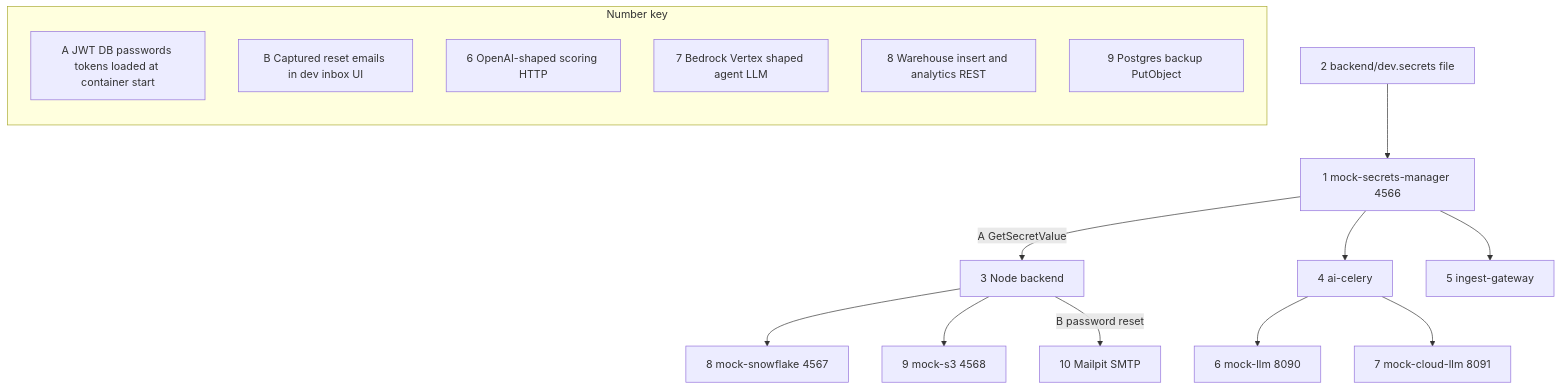
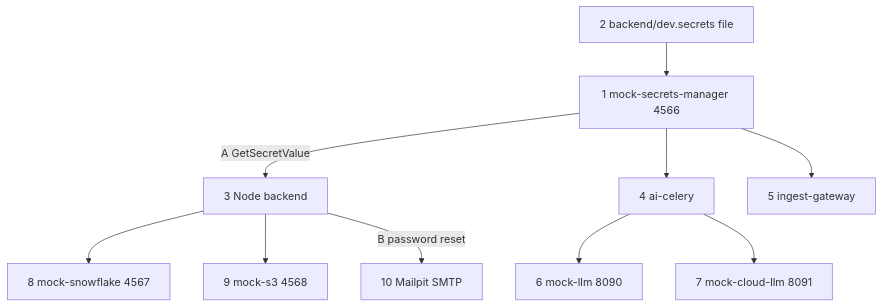
Before and after one commit to OferElboher/suspicious-email-triage: the diagram in docs/diagrams/system-flow-06-dev-mocks.mmd, drawn with Mermaid. The commit also changed 9 other files, not shown here.

First line of the commit message:
Restore overall flowchart and move legends to prose lists below charts.

```diff
--- a/docs/diagrams/system-flow-06-dev-mocks.mmd
+++ b/docs/diagrams/system-flow-06-dev-mocks.mmd
@@ -1,32 +1,21 @@
-%% Chart 6 — Dev mocks and startup secrets
 flowchart TB
   SEC["1 mock-secrets-manager 4566"]
   DEV["2 backend/dev.secrets file"]
   N["3 Node backend"]
   PY["4 ai-celery"]
   GW["5 ingest-gateway"]
   MLLM["6 mock-llm 8090"]
   MCL["7 mock-cloud-llm 8091"]
   MSF["8 mock-snowflake 4567"]
   MS3["9 mock-s3 4568"]
   MP["10 Mailpit SMTP"]
 
   DEV --> SEC
   SEC -->|"A GetSecretValue"| N
   SEC --> PY
   SEC --> GW
   PY --> MLLM
   PY --> MCL
   N --> MSF
   N --> MS3
   N -->|"B password reset"| MP
-
-  subgraph legend6 [Number key]
-    direction TB
-    LA["A JWT DB passwords tokens loaded at container start"]
-    LB["B Captured reset emails in dev inbox UI"]
-    L6["6 OpenAI-shaped scoring HTTP"]
-    L7["7 Bedrock Vertex shaped agent LLM"]
-    L8["8 Warehouse insert and analytics REST"]
-    L9["9 Postgres backup PutObject"]
-  end
```
